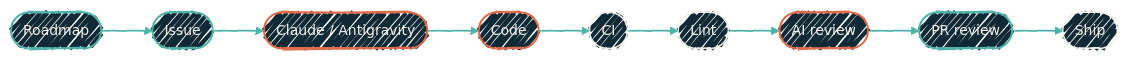
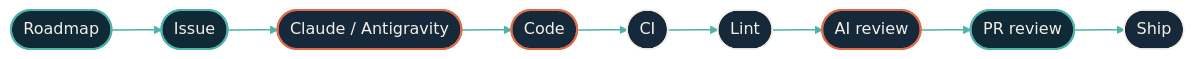
Before and after one commit to dryvist/docs: the diagram in architecture/ai-pipeline.mdx, drawn with Mermaid. The commit also changed other lines of this file and 116 other files, not shown here.

````diff
--- a/architecture/ai-pipeline.mdx
+++ b/architecture/ai-pipeline.mdx
@@ -20,31 +20,36 @@
 ```mermaid
-%%{init:
-  {'theme':'base','look':'handDrawn','themeVariables':{'fontFamily':'Geist','fontSize':'14px','primaryColor':'#102937','primaryTextColor':'#F4EFE6','primaryBorderColor':'#4FB3A9','lineColor':'#4FB3A9','secondaryColor':'#0B1D2A','tertiaryColor':'#1A2A38','clusterBkg':'rgba(79,179,169,0.08)','clusterBorder':'#4FB3A9'}}}%%
-  flowchart LR
+%%{init: {"theme":"base","look":"handDrawn","themeVariables":{"primaryColor":"#123a36","primaryTextColor":"#f4efe6","primaryBorderColor":"#4fb3a9","lineColor":"#4fb3a9","secondaryColor":"#0b1d2a","tertiaryColor":"#16293a","clusterBkg":"#08151f","clusterBorder":"#4fb3a9","fontFamily":"'Geist Sans', system-ui, -apple-system, BlinkMacSystemFont, 'Segoe UI', Roboto, sans-serif","fontSize":"14px"}}}%%
+flowchart LR
+  classDef src fill:#16293a,stroke:#e06b4a,stroke-width:2px,color:#f4efe6;
+  classDef ai fill:#16293a,stroke:#e06b4a,stroke-width:2px,color:#f4efe6;
+  classDef gate fill:#16293a,stroke:#e06b4a,stroke-width:2.5px,color:#f4efe6;
+  classDef hop fill:#16293a,stroke:#4fb3a9,stroke-width:2px,color:#f4efe6;
+  classDef host fill:#16293a,stroke:#4fb3a9,stroke-width:2px,color:#f4efe6;
+  classDef sink fill:#16293a,stroke:#f4efe6,stroke-width:2px,color:#f4efe6;
+  classDef auto fill:#16293a,stroke:#f4efe6,stroke-width:1.5px,color:#f4efe6;
+  classDef external fill:#16293a,stroke:#e6b35a,stroke-width:2px,color:#f4efe6;
   H1([Roadmap])
   H2([Issue])
   A1([Claude / Antigravity])
   A2([Code])
   T1([CI])
   T2([Lint])
   A3([AI review])
   H3([PR review])
   T3([Ship])
 
   H1 --> H2 --> A1 --> A2 --> T1 --> T2 --> A3 --> H3 --> T3
 
   classDef human fill:#102937,stroke:#4FB3A9,stroke-width:2px,color:#F4EFE6;
-  classDef ai    fill:#102937,stroke:#E06B4A,stroke-width:2px,color:#F4EFE6;
-  classDef auto  fill:#102937,stroke:#F4EFE6,stroke-width:1.5px,color:#F4EFE6;
 
   class H1,H2,H3 human
   class A1,A2,A3 ai
   class T1,T2,T3 auto
 
   click A1 "/ai-development/overview" "Which model for which job"
   click T1 "/infrastructure/cicd/overview" "Self-hosted runners + CI"
   click T2 "/infrastructure/cicd/overview" "Lint stage in the runners"
   click A3 "/ai-development/claude-code-plugins" "AI review automation"
 
   linkStyle default stroke:#4FB3A9,stroke-width:1.5px;
 ```
````
